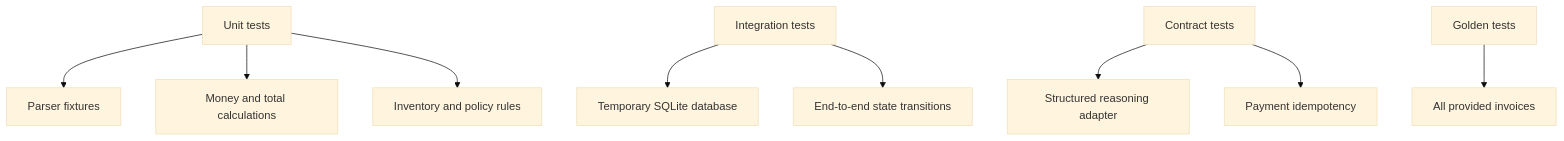
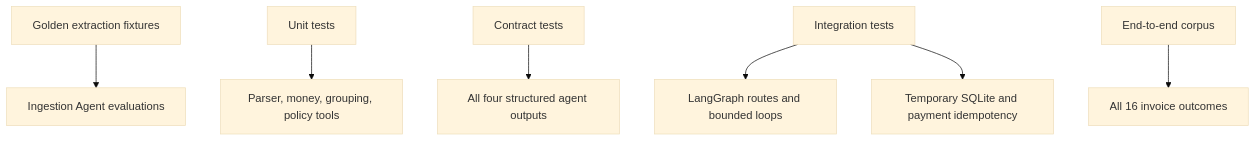
One commit to ConnorRussi/galatiq-case-invoices changed the second of 2 diagrams in docs/implementation-roadmap.md. Above: the diagram before and after it, drawn with Mermaid (base theme). The commit also changed other lines of this file and 39 other files, not shown here.

````diff
--- a/docs/implementation-roadmap.md
+++ b/docs/implementation-roadmap.md
@@ -64,11 +105,9 @@
 ```mermaid
 flowchart TB
-    Unit[Unit tests] --> Parsers[Parser fixtures]
-    Unit --> Math[Money and total calculations]
-    Unit --> Rules[Inventory and policy rules]
-    Integration[Integration tests] --> DB[Temporary SQLite database]
-    Integration --> Workflow[End-to-end state transitions]
-    Contract[Contract tests] --> LLM[Structured reasoning adapter]
-    Contract --> Payment[Payment idempotency]
-    Golden[Golden tests] --> Corpus[All provided invoices]
+    GOLD[Golden extraction fixtures] --> AEVAL[Ingestion Agent evaluations]
+    UNIT[Unit tests] --> TOOLS[Parser, money, grouping, policy tools]
+    CONTRACT[Contract tests] --> AGENTS[All four structured agent outputs]
+    INTEGRATION[Integration tests] --> GRAPH[LangGraph routes and bounded loops]
+    INTEGRATION --> DB[Temporary SQLite and payment idempotency]
+    E2E[End-to-end corpus] --> OUTCOMES[All 16 invoice outcomes]
 ```
````
